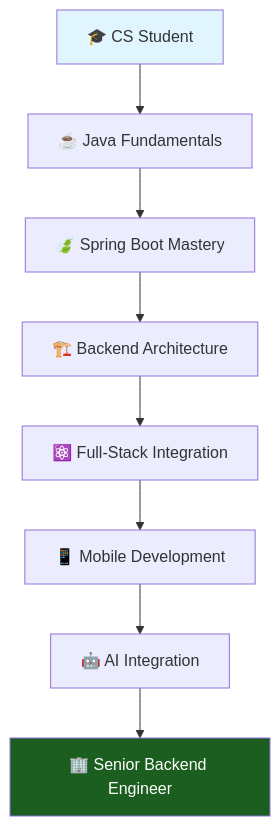
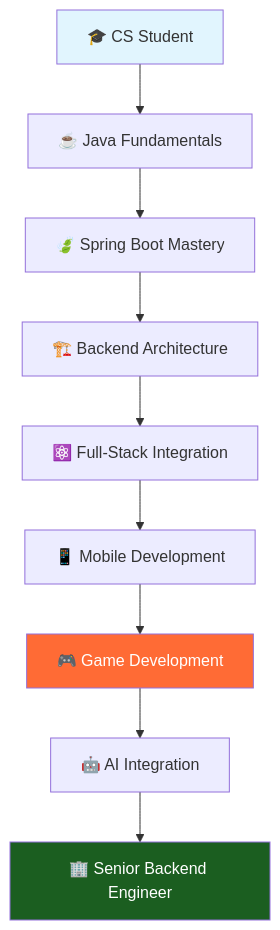
The diagram in README.md (SooinDev/SooinDev), drawn with Mermaid before and after one commit. The commit also changed other lines of this file, not shown here.

````diff
--- a/README.md
+++ b/README.md
@@ -264,13 +304,15 @@
 ```mermaid
 graph TD
     A[🎓 CS Student] --> B[☕ Java Fundamentals]
     B --> C[🍃 Spring Boot Mastery]
     C --> D[🏗️ Backend Architecture]
     D --> E[⚛️ Full-Stack Integration]
     E --> F[📱 Mobile Development]
-    F --> G[🤖 AI Integration]
-    G --> H[🏢 Senior Backend Engineer]
+    F --> G[🎮 Game Development]
+    G --> H[🤖 AI Integration]
+    H --> I[🏢 Senior Backend Engineer]
     
     style A fill:#e1f5fe
-    style H fill:#1b5e20,color:#fff
+    style G fill:#ff6b35,color:#fff
+    style I fill:#1b5e20,color:#fff
 ```
````
